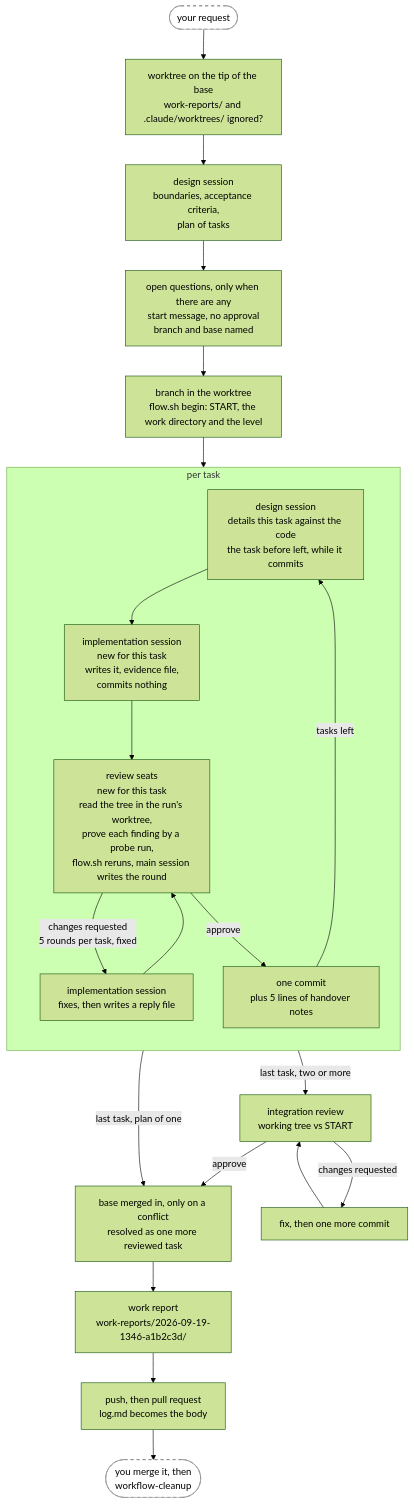
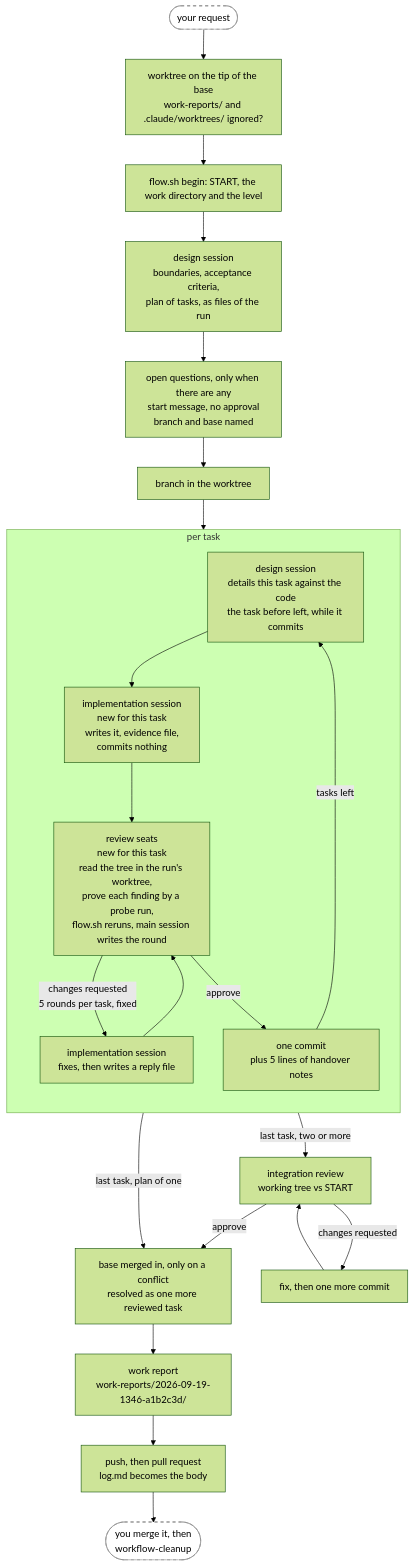
The second of 4 diagrams in plugins/annetaan/README.md (annetaan/claude-plugins), drawn with Mermaid (forest theme) before and after one commit. The commit also changed other lines of this file and 13 other files, not shown here.

Commit message:
Keep the run's design, plan, detail and notes as files of the work directory

````diff
--- a/plugins/annetaan/README.md
+++ b/plugins/annetaan/README.md
@@ -168,33 +168,33 @@
 ```mermaid
 flowchart TD
-    req(["your request"]) --> wt["worktree on the tip of the base<br/>work-reports/ and .claude/worktrees/ ignored?"] --> design["design session<br/>boundaries, acceptance criteria,<br/>plan of tasks"]
+    req(["your request"]) --> wt["worktree on the tip of the base<br/>work-reports/ and .claude/worktrees/ ignored?"] --> begin["flow.sh begin: START, the work directory and the level"] --> design["design session<br/>boundaries, acceptance criteria,<br/>plan of tasks, as files of the run"]
     design --> ask["open questions, only when there are any<br/>start message, no approval<br/>branch and base named"]
-    ask --> setup["branch in the worktree<br/>flow.sh begin: START, the work directory and the level"]
+    ask --> setup["branch in the worktree"]
     setup --> detail
 
     subgraph task["per task"]
         direction TB
         detail["design session<br/>details this task against the code<br/>the task before left, while it commits"]
         impl["implementation session<br/>new for this task<br/>writes it, evidence file,<br/>commits nothing"]
         review["review seats<br/>new for this task<br/>read the tree in the run's worktree,<br/>prove each finding by a probe run,<br/>flow.sh reruns, main session writes the round"]
         respond["implementation session<br/>fixes, then writes a reply file"]
         commit["one commit<br/>plus 5 lines of handover notes"]
         detail --> impl --> review
         review -->|"changes requested<br/>5 rounds per task, fixed"| respond
         respond --> review
         review -->|approve| commit
         commit -->|tasks left| detail
     end
 
     commit -->|"last task, two or more"| integ["integration review<br/>working tree vs START"]
     commit -->|"last task, plan of one"| sync
     integ -->|changes requested| integfix["fix, then one more commit"]
     integfix --> integ
     integ -->|approve| sync["base merged in, only on a conflict<br/>resolved as one more reviewed task"]
     sync --> report["work report<br/>work-reports/2026-09-19-1346-a1b2c3d/"]
     report --> pr["push, then pull request<br/>log.md becomes the body"]
     pr --> clean(["you merge it, then<br/>workflow-cleanup"])
 
     classDef human fill:#fff,stroke:#888,stroke-dasharray: 5 5
     class req,clean human
 ```
````
